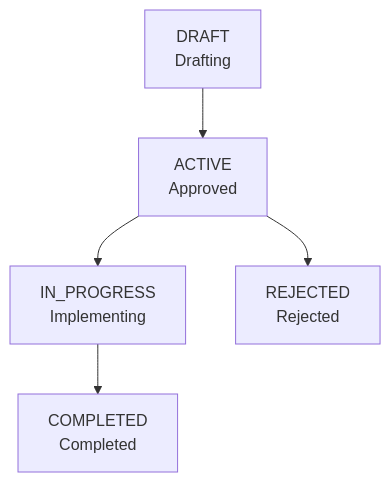
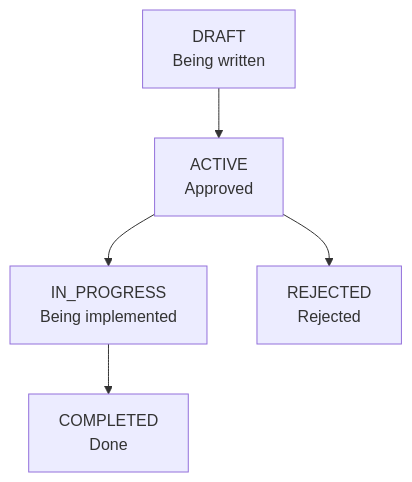
The second of 2 diagrams in docs-site/content/en/workflow-commands/moai-plan.md (modu-ai/moai-adk), drawn with Mermaid before and after one commit. The commit also changed other lines of this file and 395 other files, not shown here.

````diff
--- a/docs-site/content/en/workflow-commands/moai-plan.md
+++ b/docs-site/content/en/workflow-commands/moai-plan.md
@@ -256,7 +262,7 @@
 ```mermaid
 flowchart TD
-    A["DRAFT<br/>Drafting"] --> B["ACTIVE<br/>Approved"]
-    B --> C["IN_PROGRESS<br/>Implementing"]
-    C --> D["COMPLETED<br/>Completed"]
+    A["DRAFT<br/>Being written"] --> B["ACTIVE<br/>Approved"]
+    B --> C["IN_PROGRESS<br/>Being implemented"]
+    C --> D["COMPLETED<br/>Done"]
     B --> E["REJECTED<br/>Rejected"]
 ```
````
